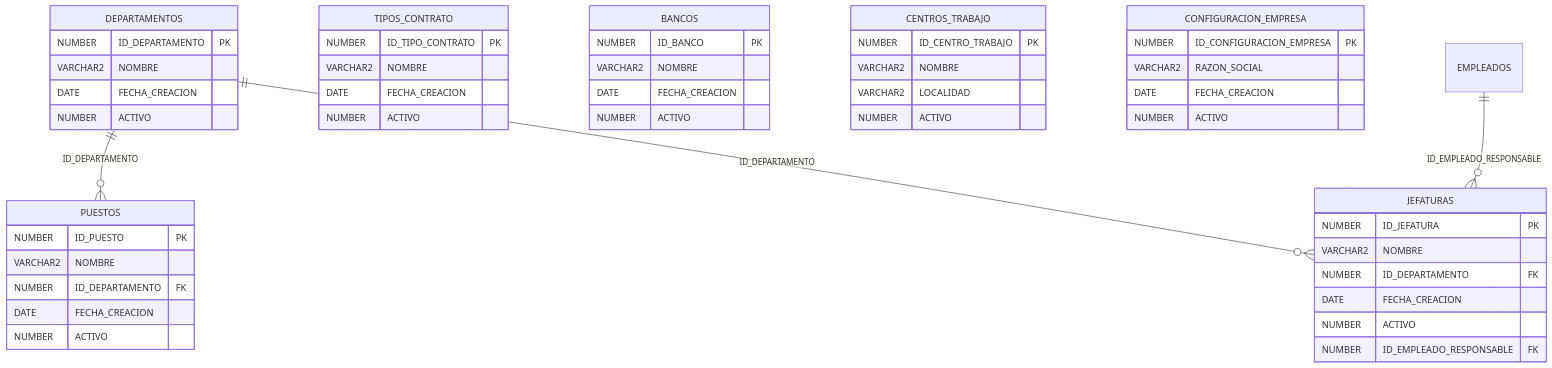
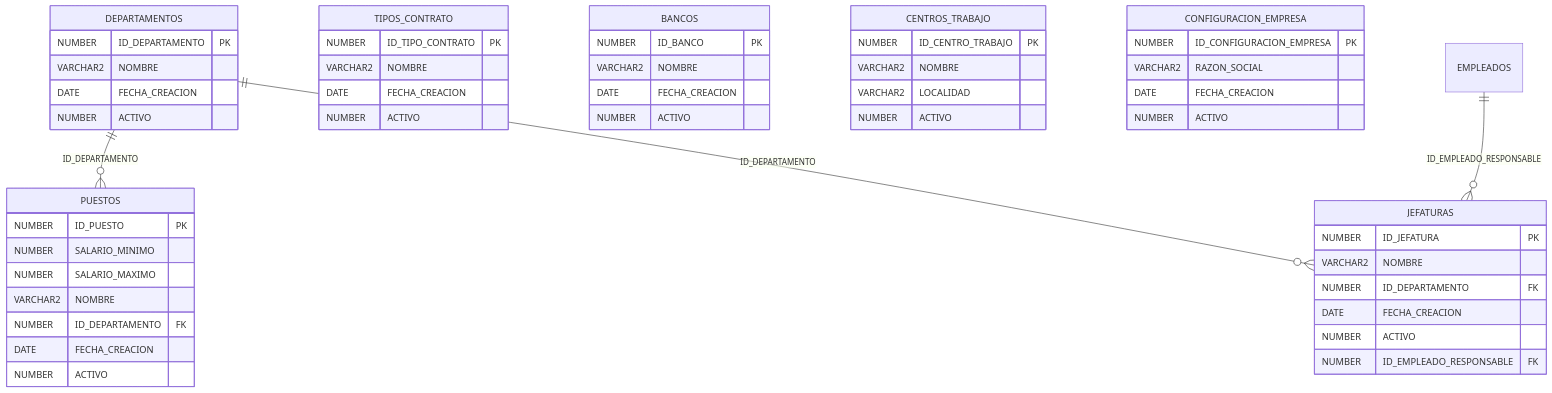
One commit to emartinez-umg/Nomina_2 changed the third of 13 diagrams in docs/ERD.md. Above: the diagram before and after it, drawn with Mermaid. The commit also changed other lines of this file and 38 other files, not shown here.

````diff
--- a/docs/ERD.md
+++ b/docs/ERD.md
@@ -103,51 +103,53 @@
 ```mermaid
 erDiagram
     DEPARTAMENTOS {
         NUMBER ID_DEPARTAMENTO PK
         VARCHAR2 NOMBRE
         DATE FECHA_CREACION
         NUMBER ACTIVO
     }
     PUESTOS {
         NUMBER ID_PUESTO PK
+        NUMBER SALARIO_MINIMO
+        NUMBER SALARIO_MAXIMO
         VARCHAR2 NOMBRE
         NUMBER ID_DEPARTAMENTO FK
         DATE FECHA_CREACION
         NUMBER ACTIVO
     }
     JEFATURAS {
         NUMBER ID_JEFATURA PK
         VARCHAR2 NOMBRE
         NUMBER ID_DEPARTAMENTO FK
         DATE FECHA_CREACION
         NUMBER ACTIVO
         NUMBER ID_EMPLEADO_RESPONSABLE FK
     }
     TIPOS_CONTRATO {
         NUMBER ID_TIPO_CONTRATO PK
         VARCHAR2 NOMBRE
         DATE FECHA_CREACION
         NUMBER ACTIVO
     }
     BANCOS {
         NUMBER ID_BANCO PK
         VARCHAR2 NOMBRE
         DATE FECHA_CREACION
         NUMBER ACTIVO
     }
     CENTROS_TRABAJO {
         NUMBER ID_CENTRO_TRABAJO PK
         VARCHAR2 NOMBRE
         VARCHAR2 LOCALIDAD
         NUMBER ACTIVO
     }
     CONFIGURACION_EMPRESA {
         NUMBER ID_CONFIGURACION_EMPRESA PK
         VARCHAR2 RAZON_SOCIAL
         DATE FECHA_CREACION
         NUMBER ACTIVO
     }
     DEPARTAMENTOS ||--o{ PUESTOS : "ID_DEPARTAMENTO"
     DEPARTAMENTOS ||--o{ JEFATURAS : "ID_DEPARTAMENTO"
     EMPLEADOS ||--o{ JEFATURAS : "ID_EMPLEADO_RESPONSABLE"
 ```
````
